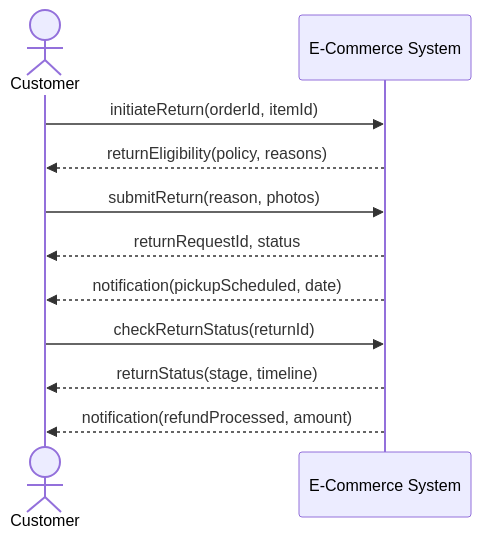
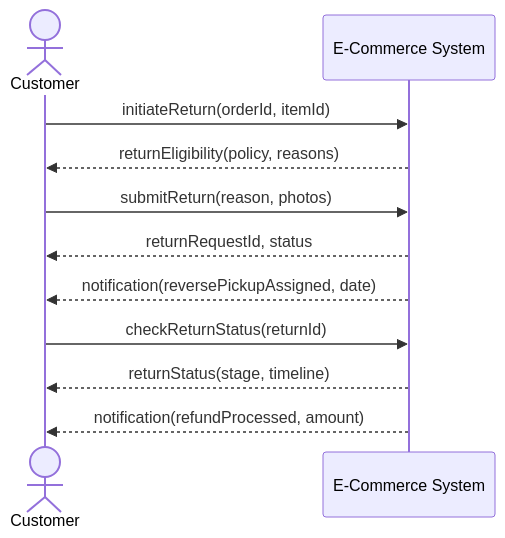
One commit to 0Ankit0/Project-Ideas changed the third of 11 diagrams in E-Commerce/high-level-design/system-sequence-diagrams.md. Above: the diagram before and after it, drawn with Mermaid. The commit also changed other lines of this file and 64 other files, not shown here.

````diff
--- a/E-Commerce/high-level-design/system-sequence-diagrams.md
+++ b/E-Commerce/high-level-design/system-sequence-diagrams.md
@@ -81,18 +80,18 @@
 ```mermaid
 sequenceDiagram
     actor Customer
     participant System as E-Commerce System
-    
+
     Customer->>System: initiateReturn(orderId, itemId)
     System-->>Customer: returnEligibility(policy, reasons)
-    
+
     Customer->>System: submitReturn(reason, photos)
     System-->>Customer: returnRequestId, status
-    
-    System-->>Customer: notification(pickupScheduled, date)
-    
+
+    System-->>Customer: notification(reversePickupAssigned, date)
+
     Customer->>System: checkReturnStatus(returnId)
     System-->>Customer: returnStatus(stage, timeline)
-    
+
     System-->>Customer: notification(refundProcessed, amount)
 ```
````
